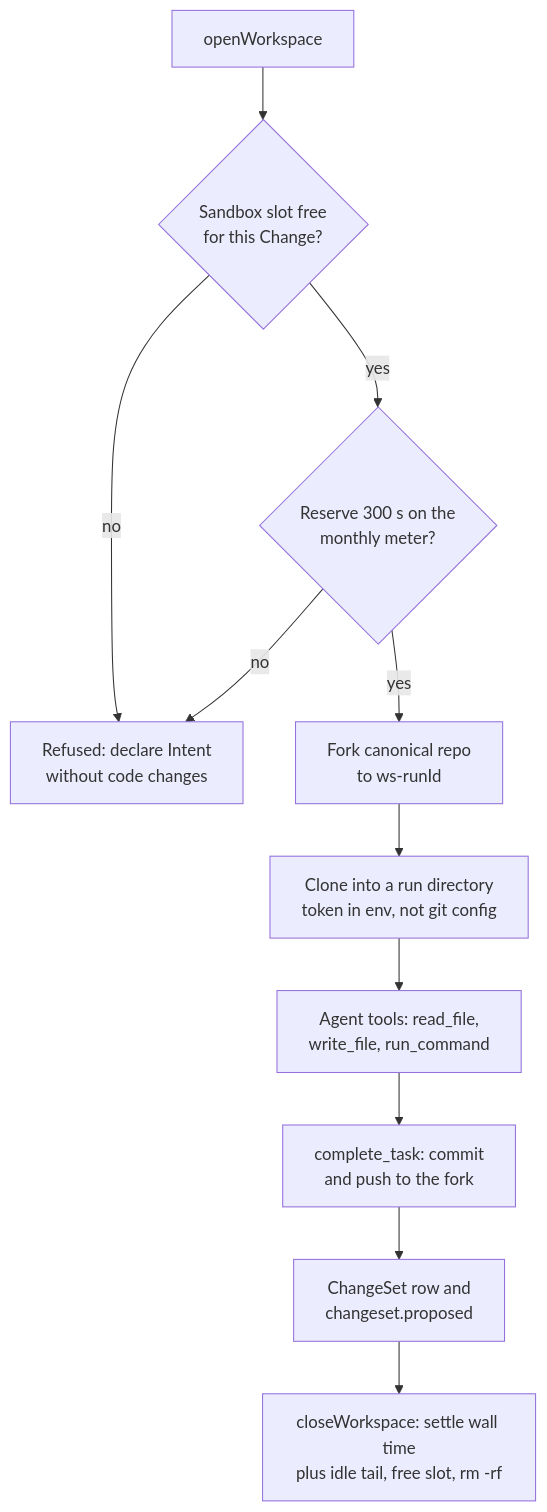
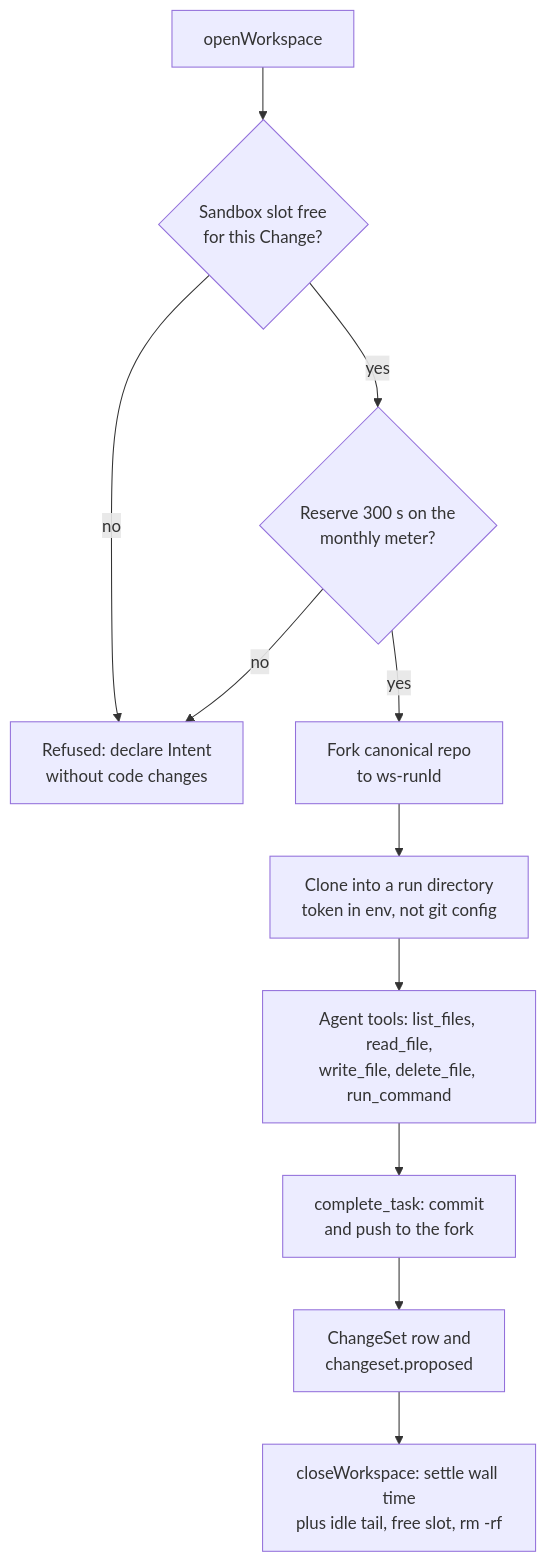
Before and after one commit to nsudhanva/rhumbatron: the diagram in docs/adr/0011-sandbox-workspaces.md, drawn with Mermaid. The commit also changed other lines of this file and 25 other files, not shown here.

````diff
--- a/docs/adr/0011-sandbox-workspaces.md
+++ b/docs/adr/0011-sandbox-workspaces.md
@@ -102,13 +47,13 @@
 ```mermaid
 flowchart TD
   A["openWorkspace"] --> B{"Sandbox slot free<br/>for this Change?"}
   B -- no --> R["Refused: declare Intent<br/>without code changes"]
   B -- yes --> C{"Reserve 300 s on the<br/>monthly meter?"}
   C -- no --> R
   C -- yes --> D["Fork canonical repo<br/>to ws-runId"]
   D --> E["Clone into a run directory<br/>token in env, not git config"]
-  E --> F["Agent tools: read_file,<br/>write_file, run_command"]
+  E --> F["Agent tools: list_files, read_file,<br/>write_file, delete_file, run_command"]
   F --> G["complete_task: commit<br/>and push to the fork"]
   G --> H["ChangeSet row and<br/>changeset.proposed"]
   H --> I["closeWorkspace: settle wall time<br/>plus idle tail, free slot, rm -rf"]
 ```
````
